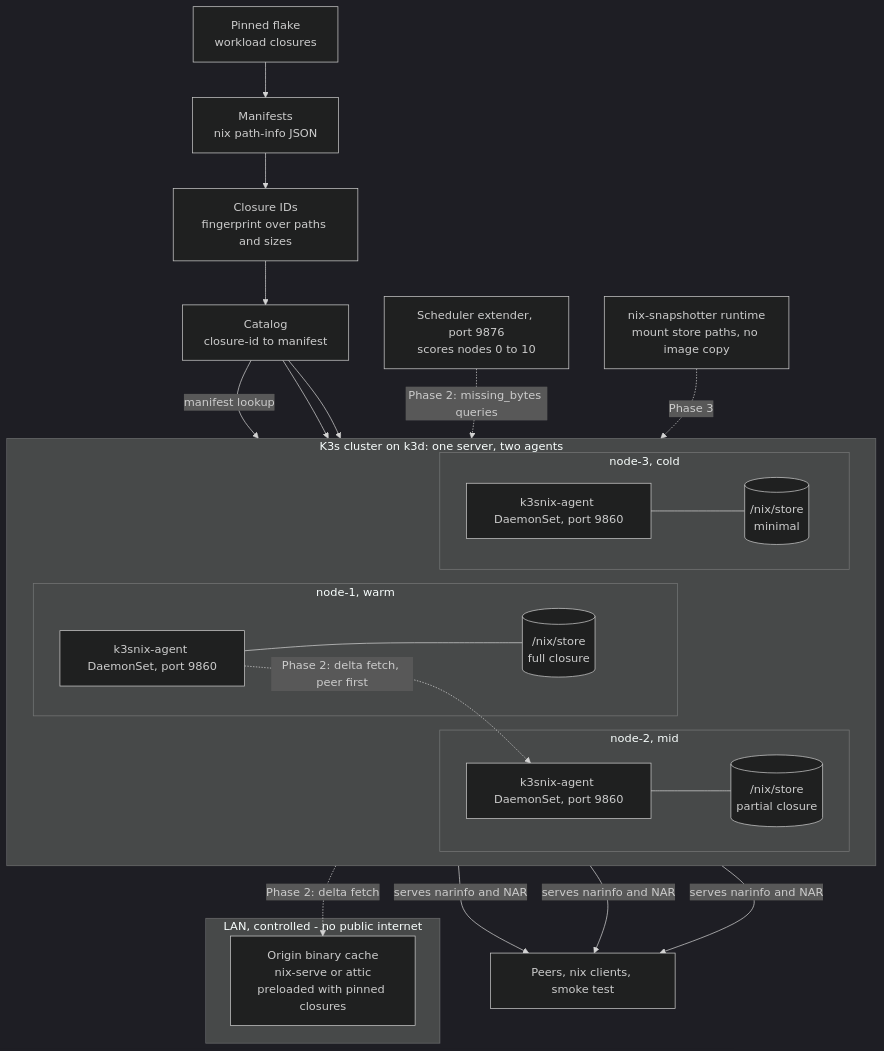
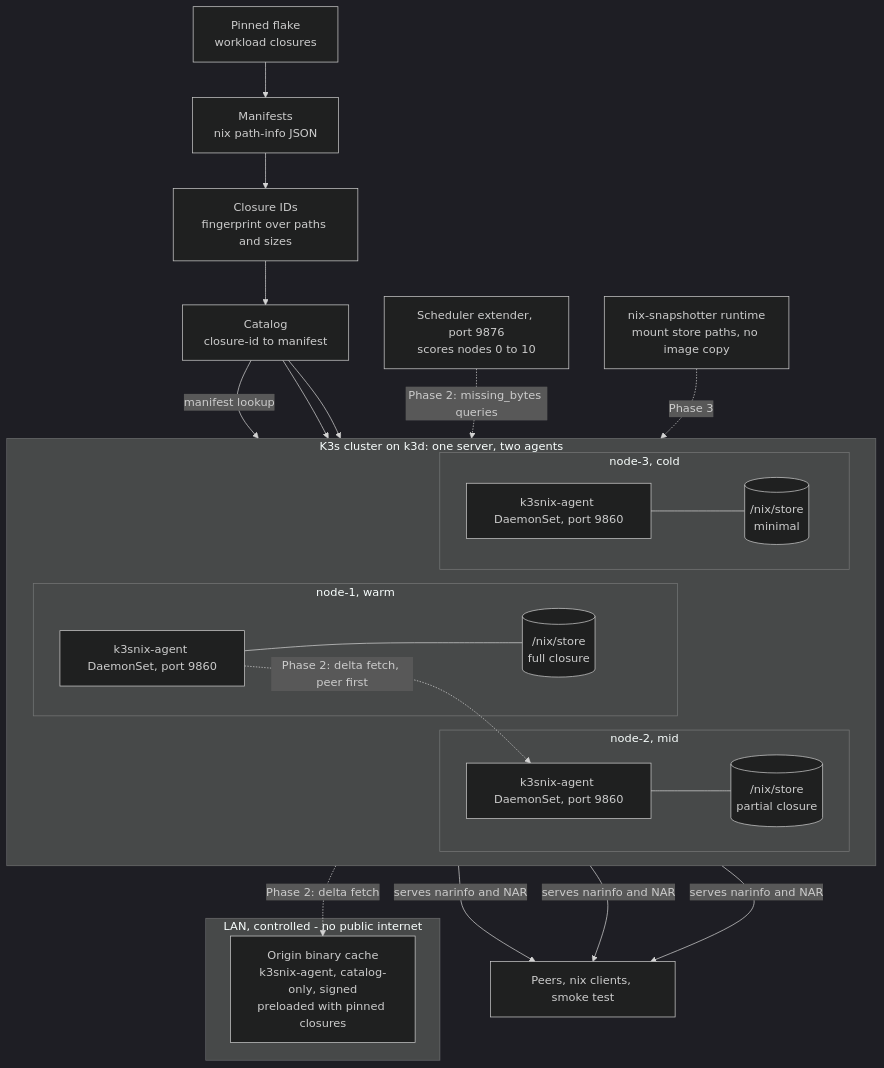
Before and after one commit to daschinmoy21/k3sNix: the second of 2 diagrams in docs/phase1.md, drawn with Mermaid (dark theme). The commit also changed other lines of this file and 2 other files, not shown here.

````diff
--- a/docs/phase1.md
+++ b/docs/phase1.md
@@ -146,44 +216,44 @@
 ```mermaid
 flowchart TB
     FLAKE["Pinned flake<br/>workload closures"] --> PI["Manifests<br/>nix path-info JSON"]
     PI --> ID["Closure IDs<br/>fingerprint over paths and sizes"]
     ID --> CAT["Catalog<br/>closure-id to manifest"]
 
     subgraph LAN["LAN, controlled - no public internet"]
-        ORIGIN["Origin binary cache<br/>nix-serve or attic<br/>preloaded with pinned closures"]
+        ORIGIN["Origin binary cache<br/>k3snix-agent, catalog-only, signed<br/>preloaded with pinned closures"]
     end
 
     subgraph CLUSTER["K3s cluster on k3d: one server, two agents"]
         direction LR
         subgraph N1["node-1, warm"]
             AG1["k3snix-agent DaemonSet, port 9860"]
             S1[("/nix/store<br/>full closure")]
         end
         subgraph N2["node-2, mid"]
             AG2["k3snix-agent DaemonSet, port 9860"]
             S2[("/nix/store<br/>partial closure")]
         end
         subgraph N3["node-3, cold"]
             AG3["k3snix-agent DaemonSet, port 9860"]
             S3[("/nix/store<br/>minimal")]
         end
     end
 
     CAT -->|"manifest lookup"| AG1
     CAT --> AG2
     CAT --> AG3
     AG1 --- S1
     AG2 --- S2
     AG3 --- S3
 
     CLIENT["Peers, nix clients, smoke test"]
     AG1 -->|"serves narinfo and NAR"| CLIENT
     AG2 -->|"serves narinfo and NAR"| CLIENT
     AG3 -->|"serves narinfo and NAR"| CLIENT
 
     AG1 -.->|"Phase 2: delta fetch, peer first"| AG2
     AG2 -.->|"Phase 2: delta fetch"| ORIGIN
 
     EXT["Scheduler extender, port 9876<br/>scores nodes 0 to 10"] -.->|"Phase 2: missing_bytes queries"| AG1
     RUNTIME["nix-snapshotter runtime<br/>mount store paths, no image copy"] -.->|"Phase 3"| CLUSTER
 ```
````
